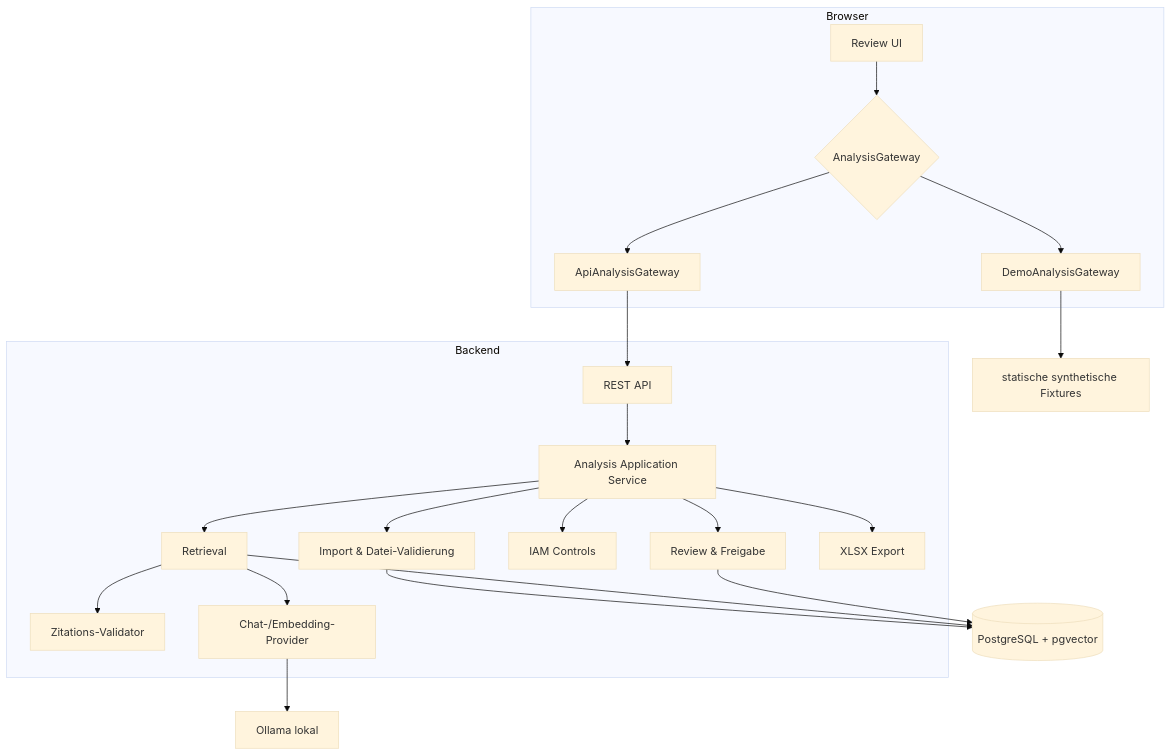
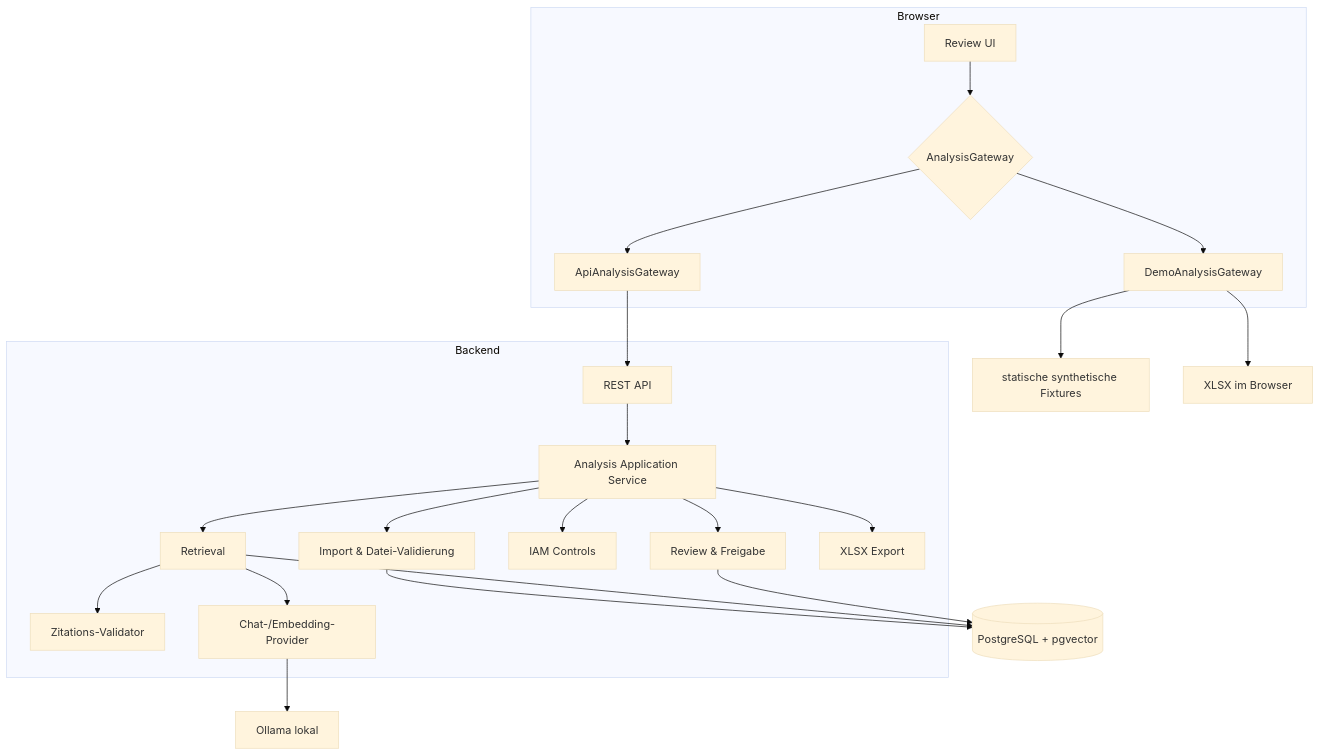
One commit to vxx2207/evidencerfp changed the diagram in docs/ARCHITECTURE.md. Above: the diagram before and after it, drawn with Mermaid (base theme). The commit also changed other lines of this file and 58 other files, not shown here.

````diff
--- a/docs/ARCHITECTURE.md
+++ b/docs/ARCHITECTURE.md
@@ -7,29 +7,30 @@
 ```mermaid
 flowchart TB
     subgraph Browser
         UI[Review UI]
         GW{AnalysisGateway}
         UI --> GW
         GW --> DEMO[DemoAnalysisGateway]
         GW --> LIVE[ApiAnalysisGateway]
     end
 
     DEMO --> JSON[statische synthetische Fixtures]
+    DEMO --> BROWSERXLSX[XLSX im Browser]
     LIVE --> REST[REST API]
 
     subgraph Backend
         REST --> APP[Analysis Application Service]
         APP --> ING[Import & Datei-Validierung]
         APP --> SEARCH[Retrieval]
         APP --> CTRL[IAM Controls]
         APP --> REVIEW[Review & Freigabe]
         APP --> EXPORT[XLSX Export]
         SEARCH --> CITE[Zitations-Validator]
         SEARCH --> AI[Chat-/Embedding-Provider]
     end
 
     ING --> PG[(PostgreSQL + pgvector)]
     SEARCH --> PG
     REVIEW --> PG
     AI --> OLLAMA[Ollama lokal]
 ```
````
